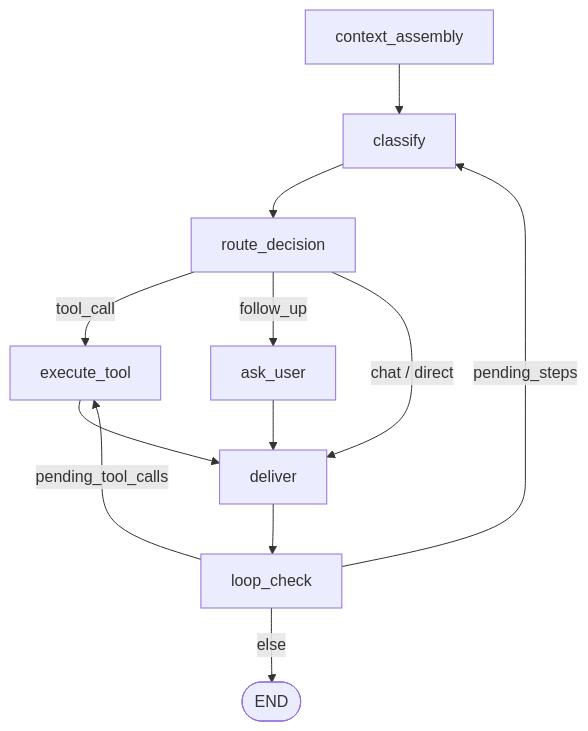
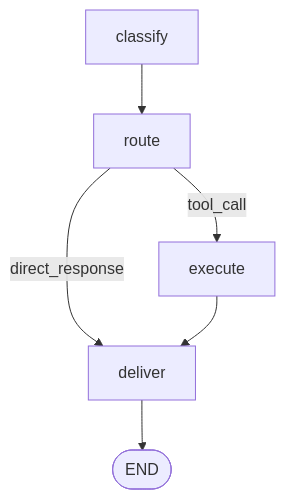
One commit to schatt-qwr/humbl-doc changed the diagram in docs/architecture/subsystems/pipeline.md. Above: the diagram before and after it, drawn with Mermaid. The commit also changed other lines of this file and 15 other files, not shown here.

````diff
--- a/docs/architecture/subsystems/pipeline.md
+++ b/docs/architecture/subsystems/pipeline.md
@@ -80,14 +80,8 @@
 ```mermaid
 graph TD
-    CA[context_assembly] --> CL[classify]
-    CL --> RD[route_decision]
-    RD -->|tool_call| ET[execute_tool]
-    RD -->|follow_up| AU[ask_user]
-    RD -->|chat / direct| DL[deliver]
-    ET --> DL
-    AU --> DL
-    DL --> LC[loop_check]
-    LC -->|pending_steps| CL
-    LC -->|pending_tool_calls| ET
-    LC -->|else| END([END])
+    CL[classify] --> RT[route]
+    RT -->|tool_call| EX[execute]
+    RT -->|direct_response| DL[deliver]
+    EX --> DL
+    DL --> END([END])
 ```
````
